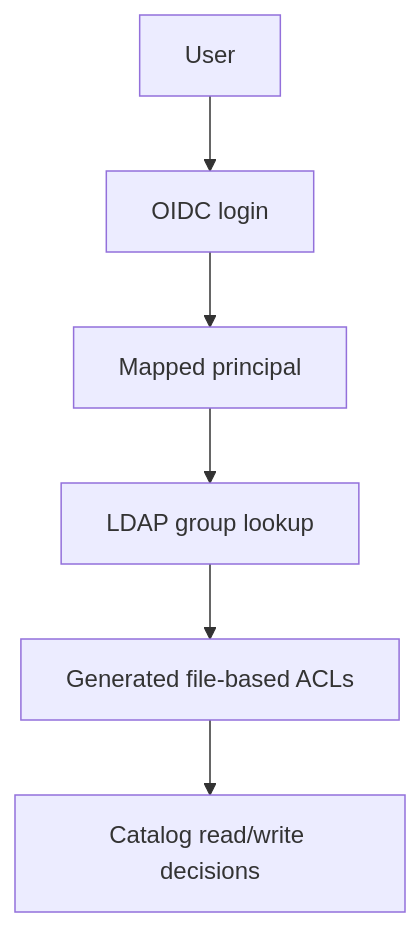
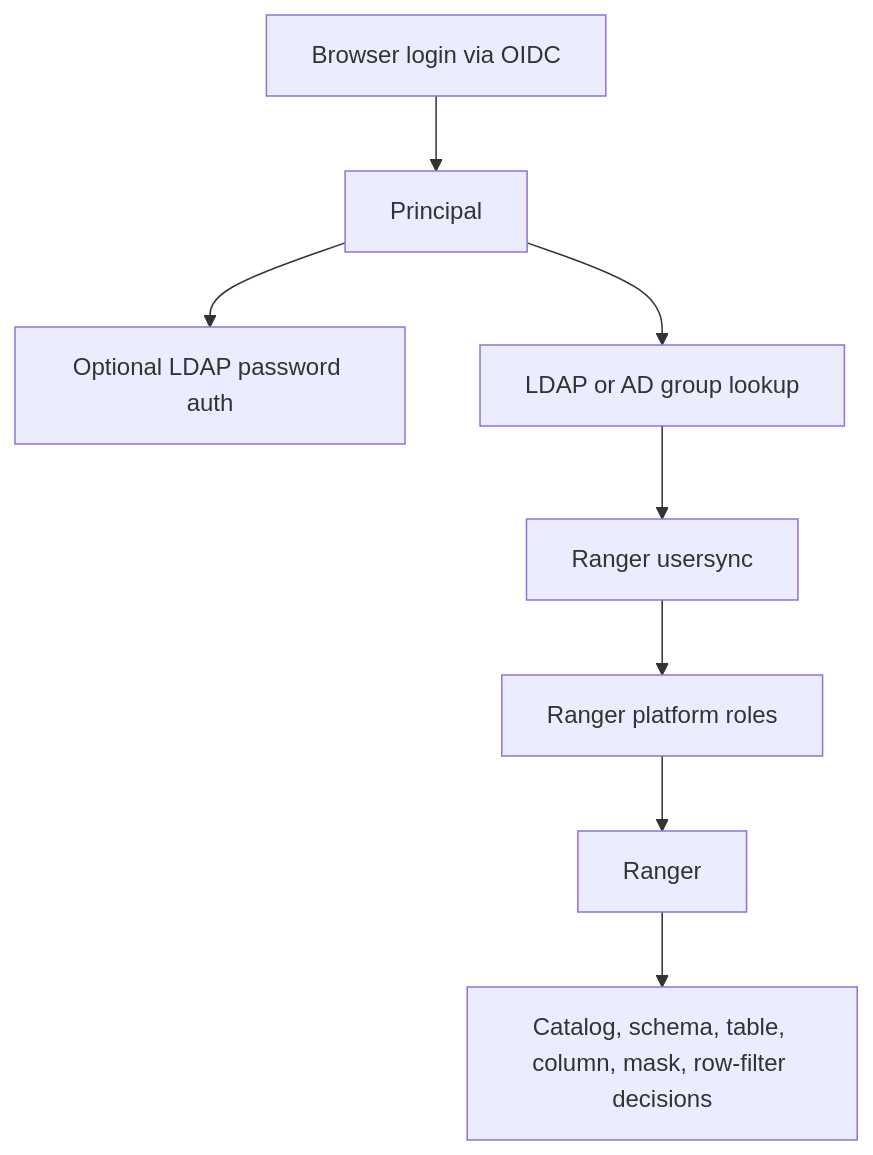
The second of 5 diagrams in docs/auth-architecture.md (sanger-pathogens/dlh-in-a-box-umbrella-helm-chart), drawn with Mermaid before and after one commit. The commit also changed other lines of this file and 54 other files, not shown here.

````diff
--- a/docs/auth-architecture.md
+++ b/docs/auth-architecture.md
@@ -80,8 +70,10 @@
 ```mermaid
 flowchart TD
-  User[User] --> OIDC[OIDC login]
-  OIDC --> Principal[Mapped principal]
-  Principal --> LDAP[LDAP group lookup]
-  LDAP --> ACL[Generated file-based ACLs]
-  ACL --> CatalogAccess[Catalog read/write decisions]
+  BrowserLogin[Browser login via OIDC] --> Principal[Principal]
+  Principal --> LdapPassword[Optional LDAP password auth]
+  Principal --> GroupLookup[LDAP or AD group lookup]
+  GroupLookup --> RangerUsersync[Ranger usersync]
+  RangerUsersync --> RangerRoles[Ranger platform roles]
+  RangerRoles --> Ranger[Ranger]
+  Ranger --> Decision[Catalog, schema, table, column, mask, row-filter decisions]
 ```
````
